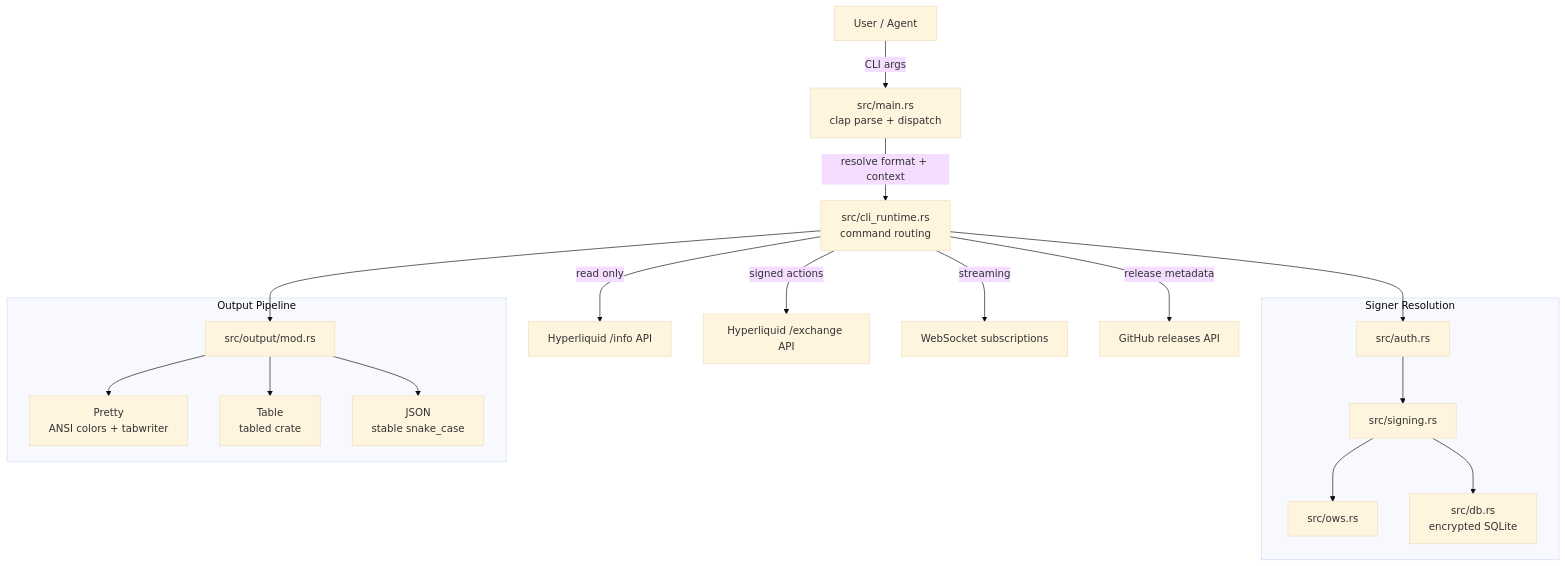
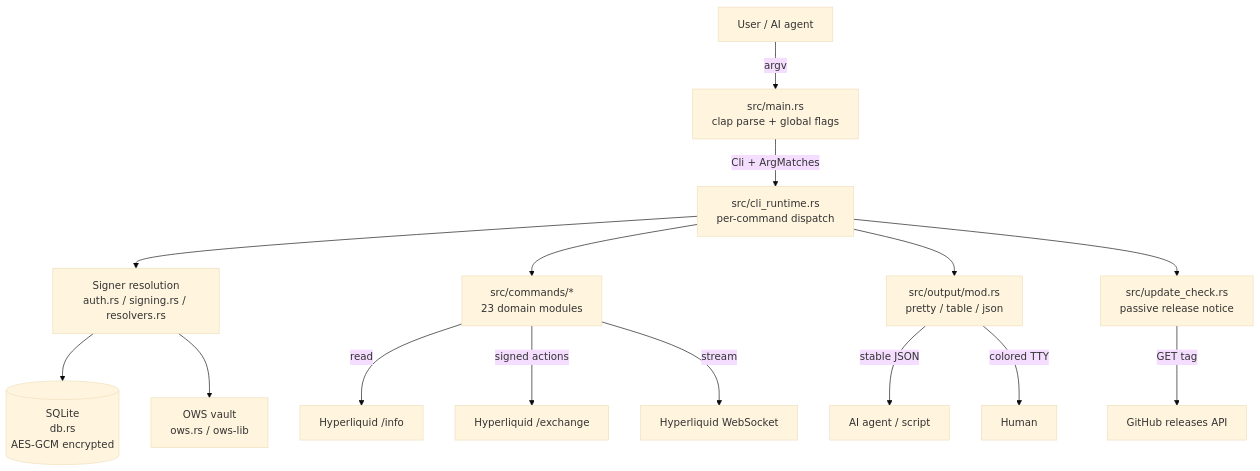
One commit to hypurrclaw/hyperliquid-cli changed the first of 4 diagrams in droid-wiki/overview/architecture.md. Above: the diagram before and after it, drawn with Mermaid (base theme). The commit also changed other lines of this file and 61 other files, not shown here.

````diff
--- a/droid-wiki/overview/architecture.md
+++ b/droid-wiki/overview/architecture.md
@@ -7,30 +7,20 @@
 ```mermaid
 graph TD
-    User[User / Agent] -->|CLI args| Main[src/main.rs<br/>clap parse + dispatch]
-    Main -->|resolve format + context| Runtime[src/cli_runtime.rs<br/>command routing]
+    User[User / AI agent] -->|argv| Main[src/main.rs<br/>clap parse + global flags]
+    Main -->|Cli + ArgMatches| Runtime[src/cli_runtime.rs<br/>per-command dispatch]
+    Runtime --> Auth[Signer resolution<br/>auth.rs / signing.rs / resolvers.rs]
+    Runtime --> Cmd[src/commands/*<br/>23 domain modules]
+    Runtime --> Output[src/output/mod.rs<br/>pretty / table / json]
+    Runtime --> Update[src/update_check.rs<br/>passive release notice]
 
-    Runtime -->|read only| InfoAPI[Hyperliquid /info API]
-    Runtime -->|signed actions| ExchangeAPI[Hyperliquid /exchange API]
-    Runtime -->|streaming| Ws[WebSocket subscriptions]
-    Runtime -->|release metadata| GitHub[GitHub releases API]
+    Auth --> Db[(SQLite<br/>db.rs<br/>AES-GCM encrypted)]
+    Auth --> Ows[OWS vault<br/>ows.rs / ows-lib]
 
-    subgraph Signer Resolution
-        Auth[src/auth.rs]
-        Signing[src/signing.rs]
-        Ows[src/ows.rs]
-        Db[src/db.rs<br/>encrypted SQLite]
-        Auth --> Signing
-        Signing --> Ows
-        Signing --> Db
-    end
+    Cmd -->|read| Info[Hyperliquid /info]
+    Cmd -->|signed actions| Exch[Hyperliquid /exchange]
+    Cmd -->|stream| Ws[Hyperliquid WebSocket]
+    Update -->|GET tag| GH[GitHub releases API]
 
-    subgraph Output Pipeline
-        Output[src/output/mod.rs]
-        Output --> Pretty[Pretty<br/>ANSI colors + tabwriter]
-        Output --> Table[Table<br/>tabled crate]
-        Output --> Json[JSON<br/>stable snake_case]
-    end
-
-    Runtime --> Auth
-    Runtime --> Output
+    Output -->|stable JSON| Agent[AI agent / script]
+    Output -->|colored TTY| Human[Human]
 ```
````
